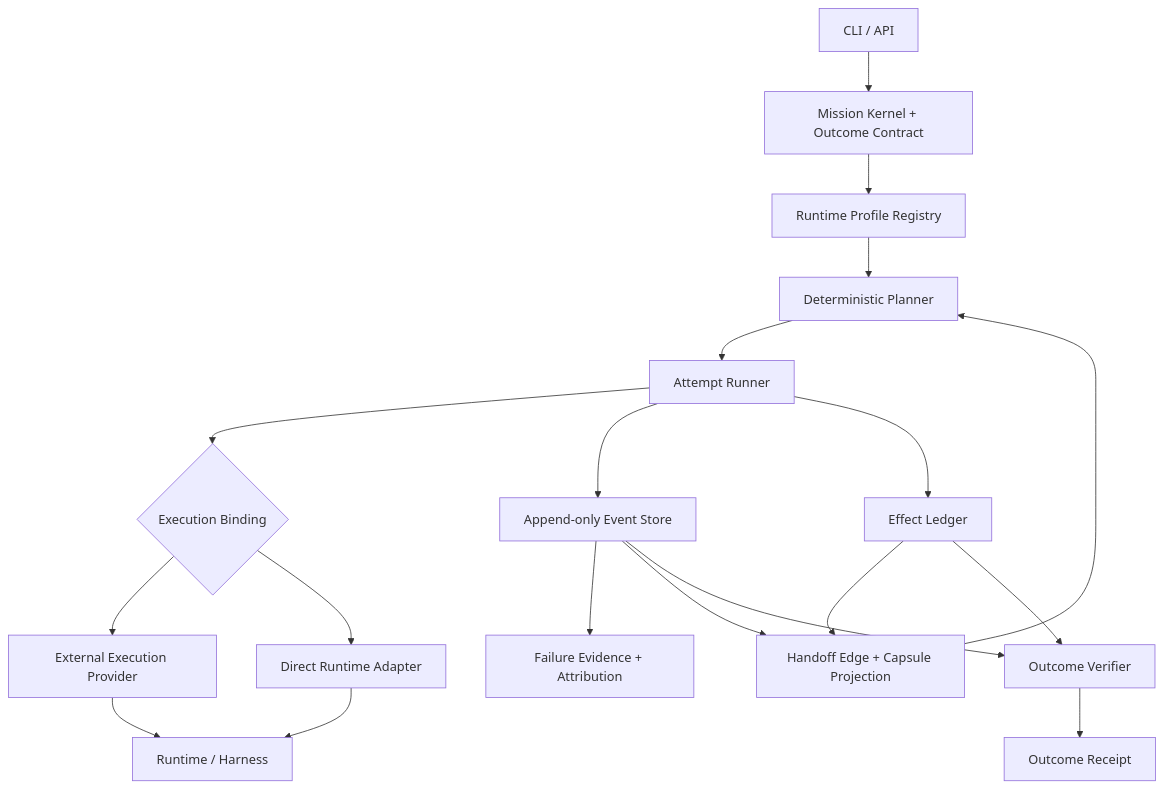
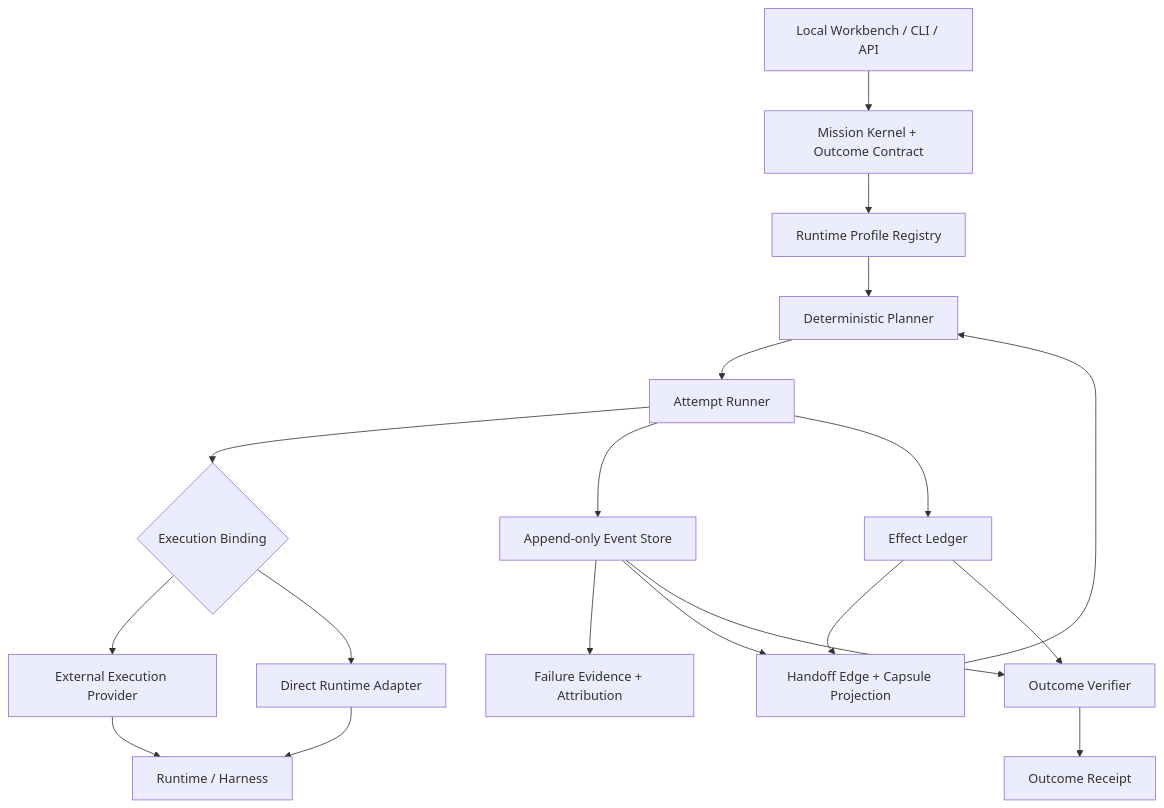
The diagram in docs/architecture.md (Oxygen56/missionbraid), drawn with Mermaid before and after one commit. The commit also changed other lines of this file and 5 other files, not shown here.

````diff
--- a/docs/architecture.md
+++ b/docs/architecture.md
@@ -36,23 +52,23 @@
 ```mermaid
 flowchart TB
-  U[CLI / API] --> MK[Mission Kernel + Outcome Contract]
+  U[Local Workbench / CLI / API] --> MK[Mission Kernel + Outcome Contract]
   MK --> RP[Runtime Profile Registry]
   RP --> PL[Deterministic Planner]
   PL --> AR[Attempt Runner]
 
   AR --> EB{Execution Binding}
   EB --> KP[External Execution Provider]
   EB --> DA[Direct Runtime Adapter]
   KP --> RH[Runtime / Harness]
   DA --> RH
 
   AR --> ES[Append-only Event Store]
   AR --> EL[Effect Ledger]
   ES --> FA[Failure Evidence + Attribution]
   ES --> HC[Handoff Edge + Capsule Projection]
   EL --> HC
   HC --> PL
   ES --> OV[Outcome Verifier]
   EL --> OV
   OV --> OR[Outcome Receipt]
 ```
````
